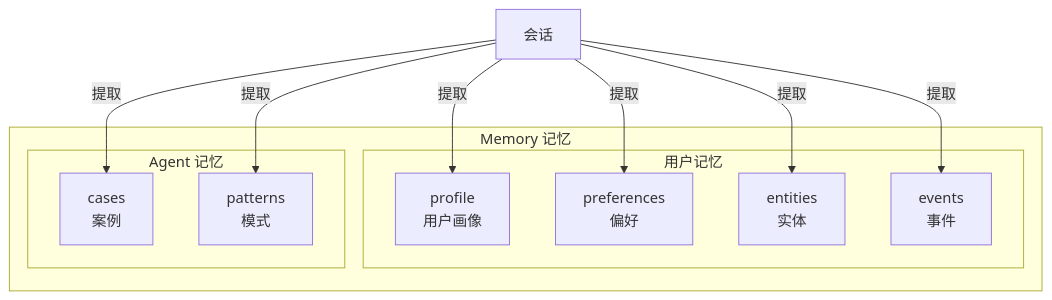
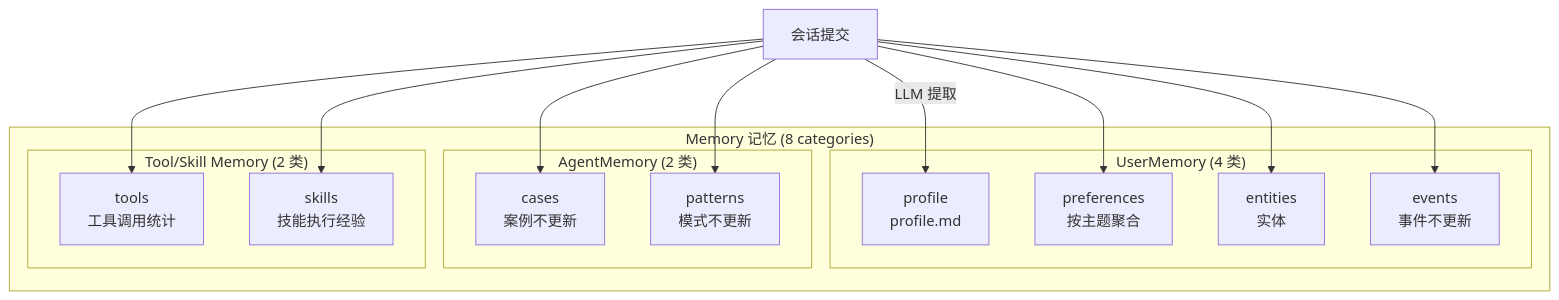
One commit to caicongyang/bloger changed the sixth of 19 diagrams in openviking/01-项目概览与架构.md. Above: the diagram before and after it, drawn with Mermaid. The commit also changed other lines of this file and 10 other files, not shown here.

````diff
--- a/openviking/01-项目概览与架构.md
+++ b/openviking/01-项目概览与架构.md
@@ -283,23 +305,30 @@
 ```mermaid
 flowchart TB
-    subgraph Memory["Memory 记忆"]
-        subgraph User["用户记忆"]
-            P[profile<br/>用户画像]
-            PF[preferences<br/>偏好]
+    subgraph Memory["Memory 记忆 (8 categories)"]
+        subgraph User["UserMemory (4 类)"]
+            P[profile<br/>profile.md]
+            PF[preferences<br/>按主题聚合]
             E[entities<br/>实体]
-            EV[events<br/>事件]
+            EV[events<br/>事件不更新]
         end
-        
-        subgraph Agent["Agent 记忆"]
-            CA[cases<br/>案例]
-            PT[patterns<br/>模式]
+
+        subgraph Agent["AgentMemory (2 类)"]
+            CA[cases<br/>案例不更新]
+            PT[patterns<br/>模式不更新]
+        end
+
+        subgraph ToolSkill["Tool/Skill Memory (2 类)"]
+            T[tools<br/>工具调用统计]
+            SK[skills<br/>技能执行经验]
         end
     end
-    
-    Session[会话] -->|提取| P
-    Session -->|提取| PF
-    Session -->|提取| E
-    Session -->|提取| EV
-    Session -->|提取| CA
-    Session -->|提取| PT
+
+    Session[会话提交] -->|LLM 提取| P
+    Session --> PF
+    Session --> E
+    Session --> EV
+    Session --> CA
+    Session --> PT
+    Session --> T
+    Session --> SK
 ```
````
